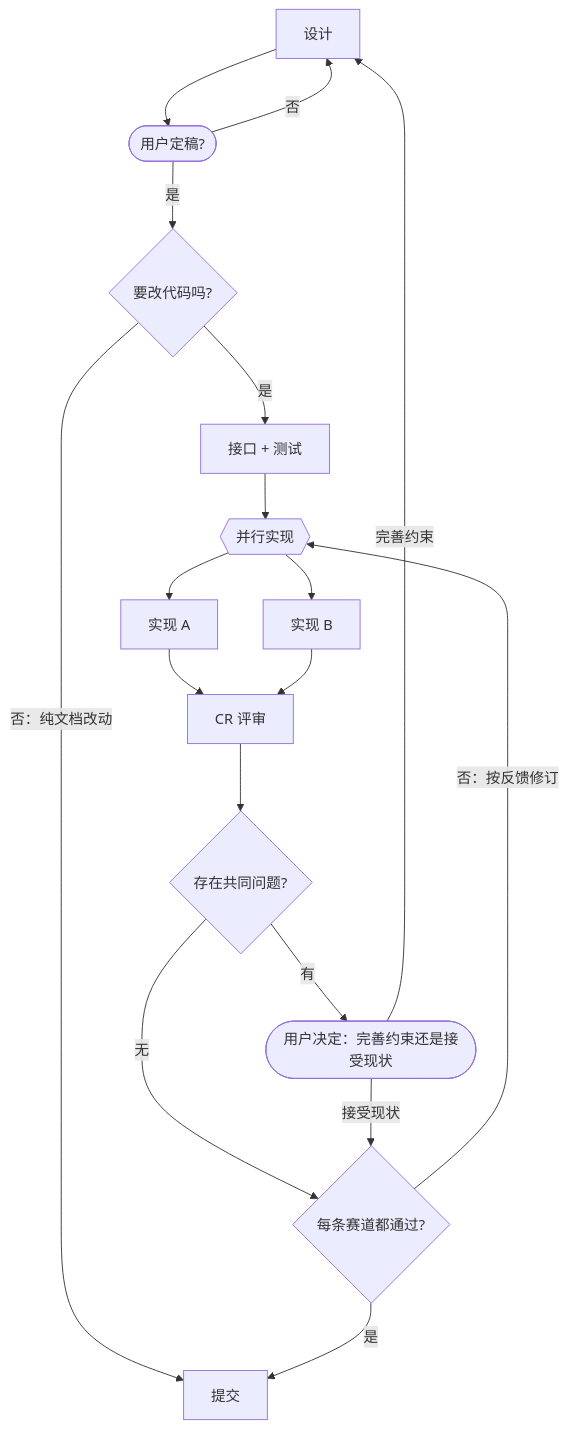
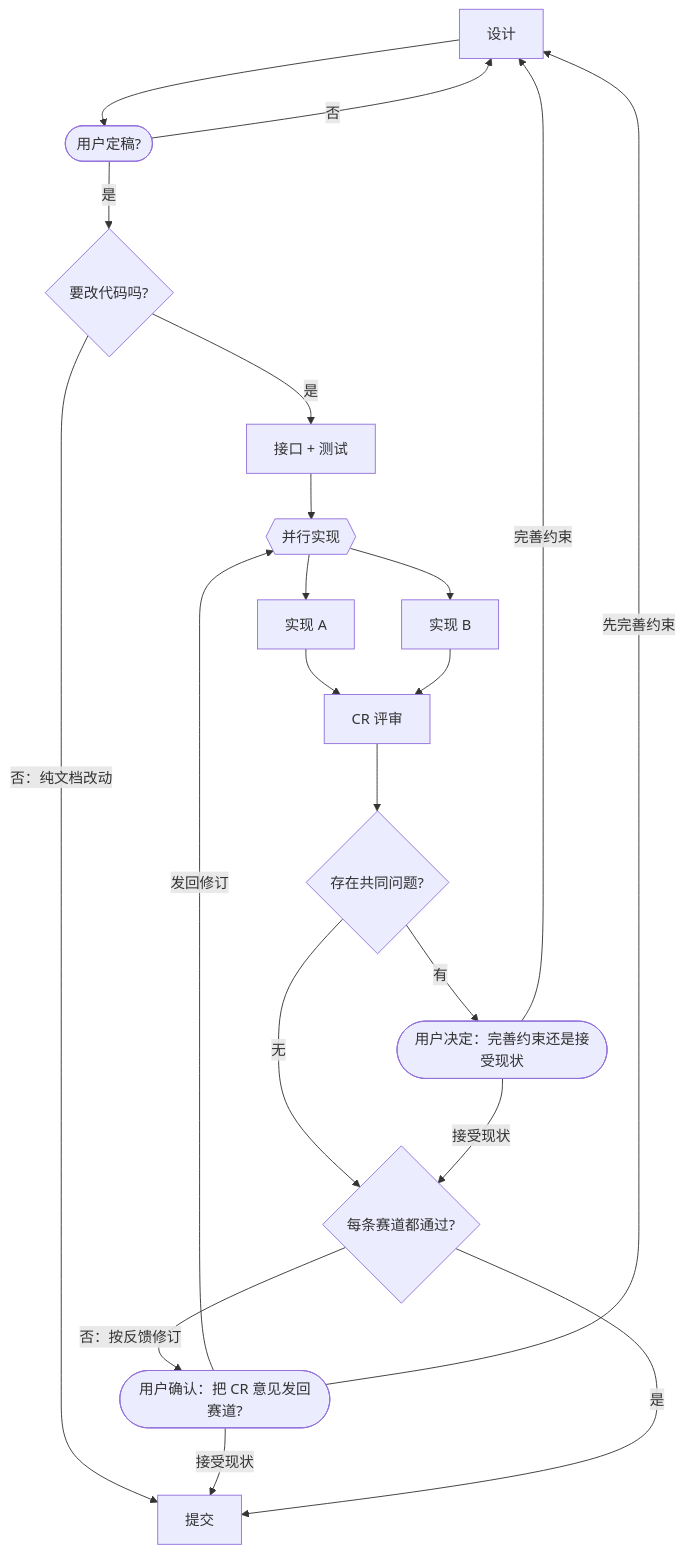
The diagram in doc/racing-code.md (hanbernate/dsh-racing-code), drawn with Mermaid before and after one commit. The commit also changed other lines of this file and 1 other file, not shown here.

First line of the commit message:
design: plan the new-project bootstrap, and gate CR feedback on the user

````diff
--- a/doc/racing-code.md
+++ b/doc/racing-code.md
@@ -28,21 +28,24 @@
 ```mermaid
 flowchart TD
   %% entry: design
   design["设计"] --> final(["用户定稿?"])
   final -- "否" --> design
   final -- "是" --> needs-code{"要改代码吗?"}
   needs-code -- "否：纯文档改动" --> commit["提交"]
   needs-code -- "是" --> contract-tests["接口 + 测试"]
   contract-tests --> race{{"并行实现"}}
   race --> implement-a["实现 A"]
   race --> implement-b["实现 B"]
   implement-a --> cr["CR 评审"]
   implement-b --> cr
   cr --> common{"存在共同问题?"}
   common -- "有" --> gate(["用户决定：完善约束还是接受现状"])
   common -- "无" --> verdict{"每条赛道都通过?"}
   gate -- "完善约束" --> design
   gate -- "接受现状" --> verdict
-  verdict -- "否：按反馈修订" --> race
+  verdict -- "否：按反馈修订" --> confirm(["用户确认：把 CR 意见发回赛道?"])
+  confirm -- "发回修订" --> race
+  confirm -- "先完善约束" --> design
+  confirm -- "接受现状" --> commit
   verdict -- "是" --> commit
 ```
````
